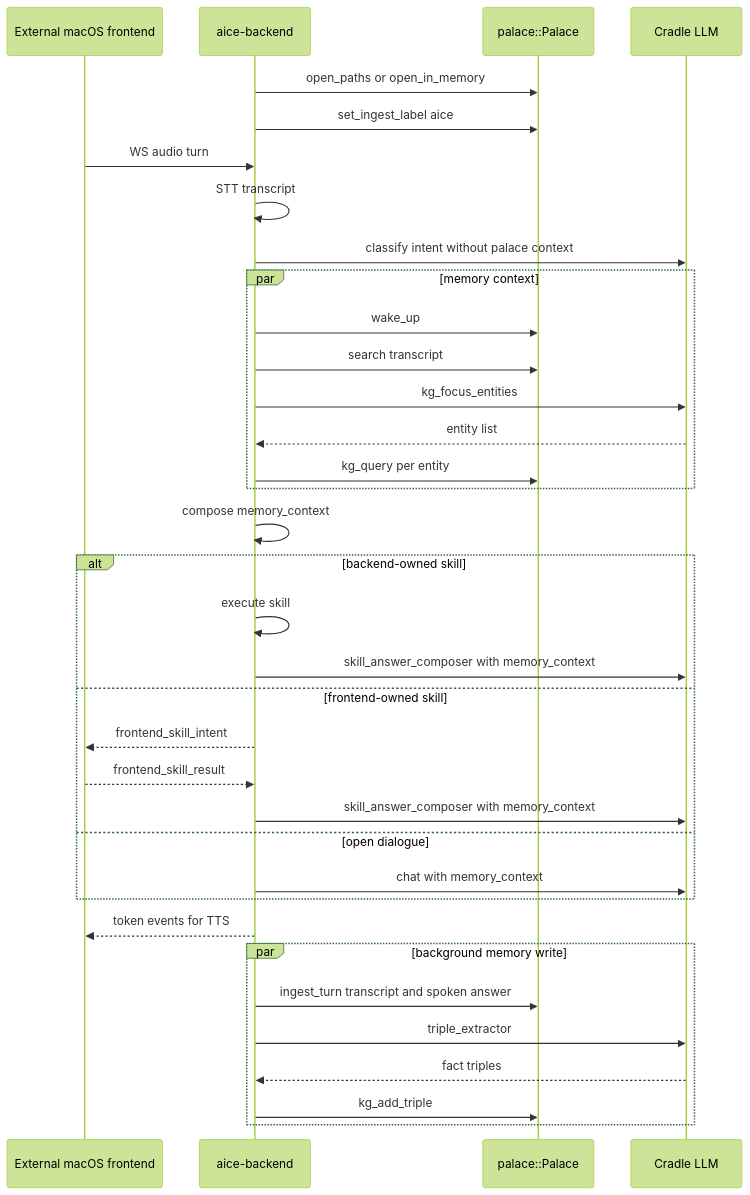
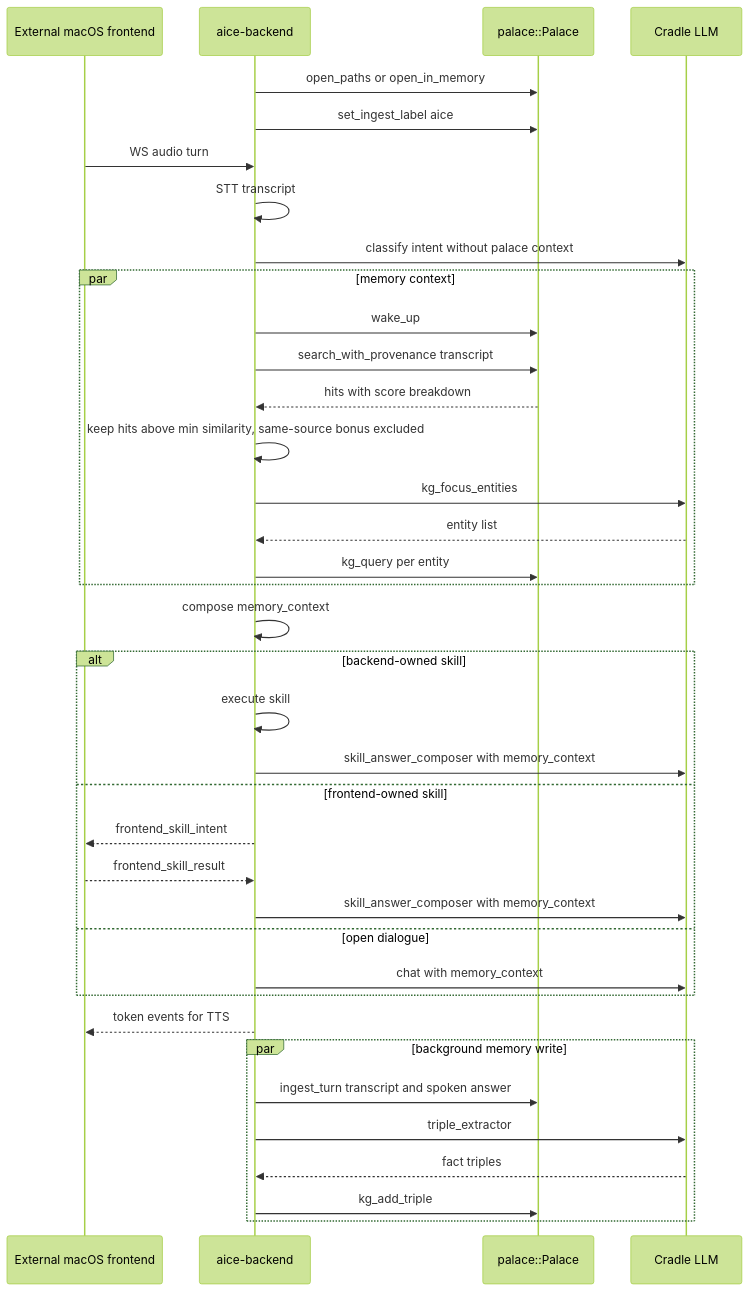
One commit to AncientiCe/aice changed the seventh of 27 diagrams in docs/architecture/README.md. Above: the diagram before and after it, drawn with Mermaid (forest theme). The commit also changed other lines of this file and 13 other files, not shown here.

````diff
--- a/docs/architecture/README.md
+++ b/docs/architecture/README.md
@@ -199,38 +199,40 @@
 ```mermaid
 sequenceDiagram
     participant Mac as External macOS frontend
     participant Core as aice-backend
     participant Palace as palace::Palace
     participant LLM as Cradle LLM
 
     Core->>Palace: open_paths or open_in_memory
     Core->>Palace: set_ingest_label aice
     Mac->>Core: WS audio turn
     Core->>Core: STT transcript
     Core->>LLM: classify intent without palace context
     par memory context
         Core->>Palace: wake_up
-        Core->>Palace: search transcript
+        Core->>Palace: search_with_provenance transcript
+        Palace-->>Core: hits with score breakdown
+        Core->>Core: keep hits above min similarity, same-source bonus excluded
         Core->>LLM: kg_focus_entities
         LLM-->>Core: entity list
         Core->>Palace: kg_query per entity
     end
     Core->>Core: compose memory_context
     alt backend-owned skill
         Core->>Core: execute skill
         Core->>LLM: skill_answer_composer with memory_context
     else frontend-owned skill
         Core-->>Mac: frontend_skill_intent
         Mac-->>Core: frontend_skill_result
         Core->>LLM: skill_answer_composer with memory_context
     else open dialogue
         Core->>LLM: chat with memory_context
     end
     Core-->>Mac: token events for TTS
     par background memory write
         Core->>Palace: ingest_turn transcript and spoken answer
         Core->>LLM: triple_extractor
         LLM-->>Core: fact triples
         Core->>Palace: kg_add_triple
     end
 ```
````
